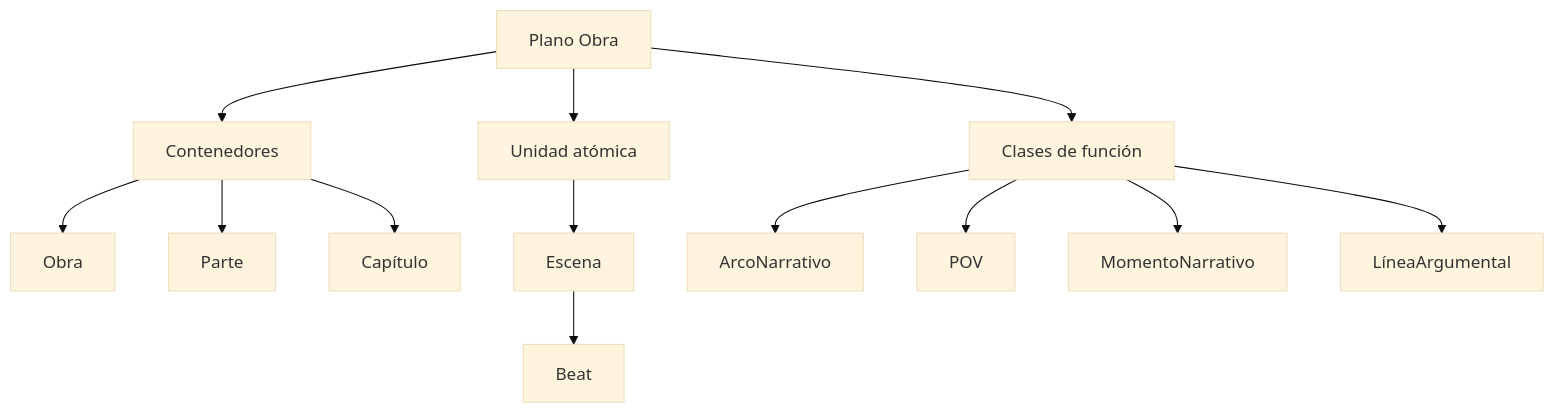
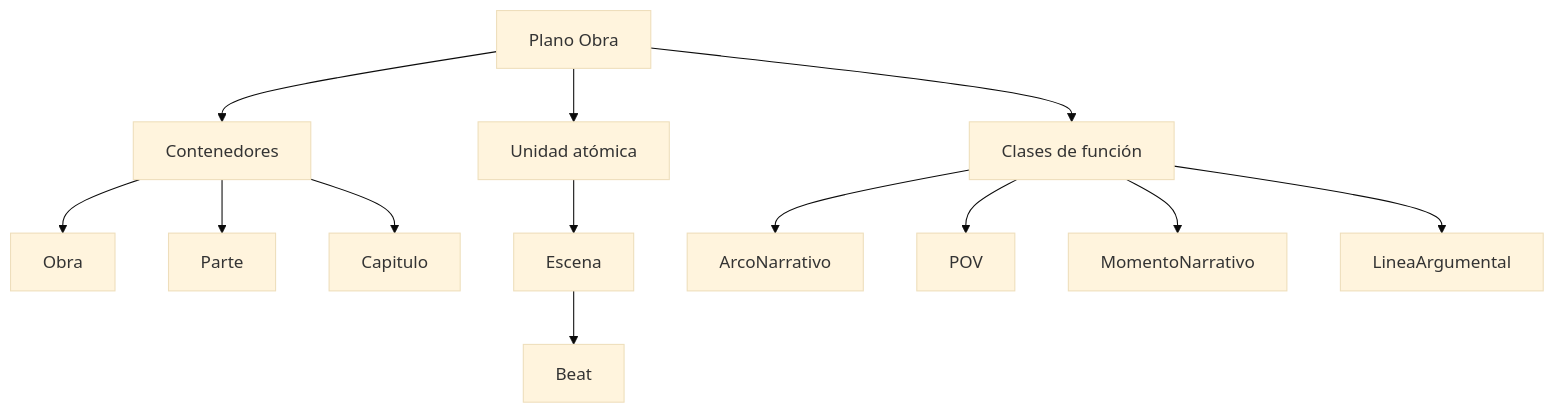
Before and after one commit to SantiagoEspinosa-ai/My_novel_story: the second of 9 diagrams in Docs/domain-knowledge.md, drawn with Mermaid (base theme). The commit also changed other lines of this file and 5 other files, not shown here.

````diff
--- a/Docs/domain-knowledge.md
+++ b/Docs/domain-knowledge.md
@@ -23,16 +23,16 @@
 ```mermaid
 flowchart TD
   P1["Plano Obra"]
   P1 --> C["Contenedores"]
   P1 --> U["Unidad atómica"]
   P1 --> F["Clases de función"]
   C --> C1["Obra"]
   C --> C2["Parte"]
-  C --> C3["Capítulo"]
+  C --> C3["Capitulo"]
   U --> U1["Escena"]
   U1 --> U2["Beat"]
   F --> F1["ArcoNarrativo"]
   F --> F2["POV"]
   F --> F3["MomentoNarrativo"]
-  F --> F4["LíneaArgumental"]
+  F --> F4["LineaArgumental"]
 ```
````
